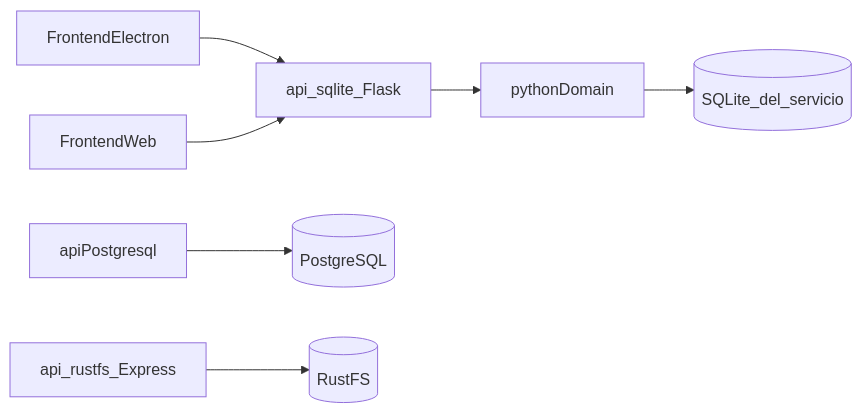
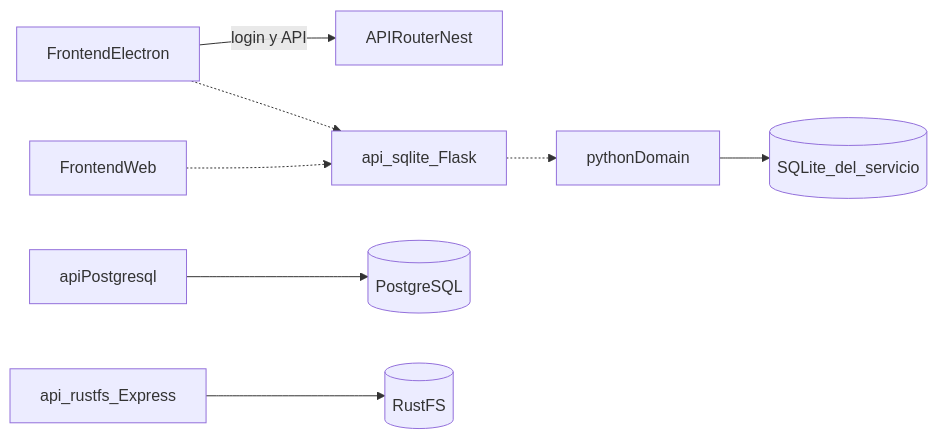
The first of 2 diagrams in docs/ARCHITECTURE.md (venturars/aTempo), drawn with Mermaid before and after one commit. The commit also changed other lines of this file and 3 other files, not shown here.

First line of the commit message:
docs: state that api-sqlite will import domain/python

````diff
--- a/docs/ARCHITECTURE.md
+++ b/docs/ARCHITECTURE.md
@@ -17,18 +17,20 @@
 ```mermaid
 flowchart LR
   electron[FrontendElectron]
   web[FrontendWeb]
+  router[APIRouterNest]
   sqliteApi[api_sqlite_Flask]
   pythonDomain[pythonDomain]
   serviceSqlite[(SQLite_del_servicio)]
   apiPg[apiPostgresql]
   postgres[(PostgreSQL)]
   objectApi[api_rustfs_Express]
   rustfs[(RustFS)]
-  electron --> sqliteApi
-  web --> sqliteApi
-  sqliteApi --> pythonDomain
+  electron -->|login y API| router
+  electron -.-> sqliteApi
+  web -.-> sqliteApi
+  sqliteApi -.-> pythonDomain
   pythonDomain --> serviceSqlite
   apiPg --> postgres
   objectApi --> rustfs
 ```
````
